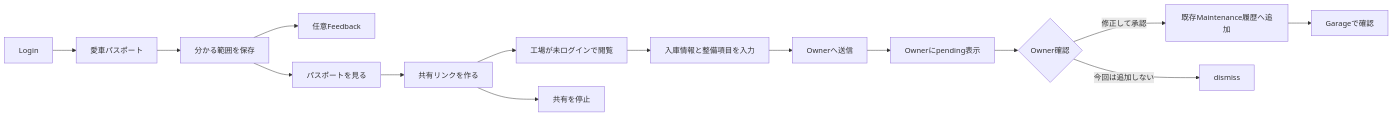
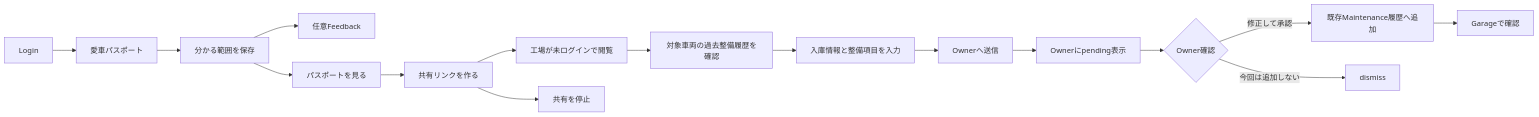
Before and after one commit to noah1976/mechori: the second of 7 diagrams in docs/ux/USER_FLOWS.md, drawn with Mermaid. The commit also changed other lines of this file and 17 other files, not shown here.

````diff
--- a/docs/ux/USER_FLOWS.md
+++ b/docs/ux/USER_FLOWS.md
@@ -37,17 +37,18 @@
 ```mermaid
 flowchart LR
   A[Login] --> B[愛車パスポート]
   B --> C[分かる範囲を保存]
   C --> D[任意Feedback]
   C --> E[パスポートを見る]
   E --> F[共有リンクを作る]
   F --> G[工場が未ログインで閲覧]
-  G --> I[入庫情報と整備項目を入力]
+  G --> P[対象車両の過去整備履歴を確認]
+  P --> I[入庫情報と整備項目を入力]
   I --> J[Ownerへ送信]
   J --> K[Ownerにpending表示]
   K --> L{Owner確認}
   L -->|修正して承認| M[既存Maintenance履歴へ追加]
   L -->|今回は追加しない| N[dismiss]
   M --> O[Garageで確認]
   F --> H[共有を停止]
 ```
````
